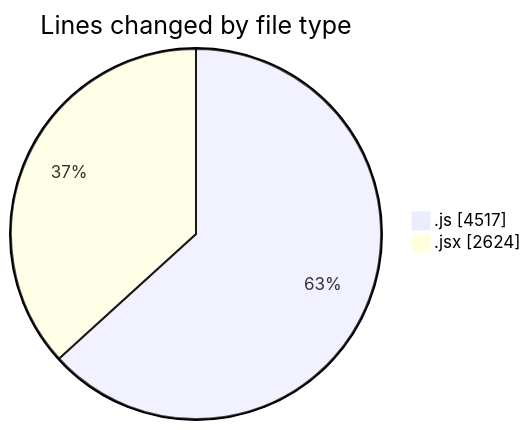
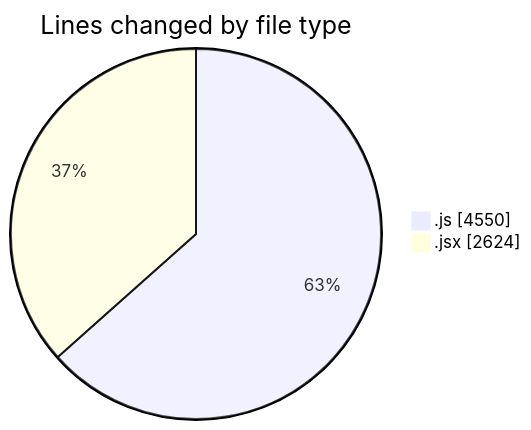
One commit to nxtqubesakshisongat/code-tracking changed the first of 2 diagrams in 2025-08-13/nxtqube_webapp/README.md. Above: the diagram before and after it, drawn with Mermaid. The commit also changed other lines of this file and 1 other file, not shown here.

````diff
--- a/2025-08-13/nxtqube_webapp/README.md
+++ b/2025-08-13/nxtqube_webapp/README.md
@@ -26,6 +26,6 @@
 ```mermaid
 pie showData
 title Lines changed by file type
-".js" : 4517
+".js" : 4550
 ".jsx" : 2624
 ```
````
